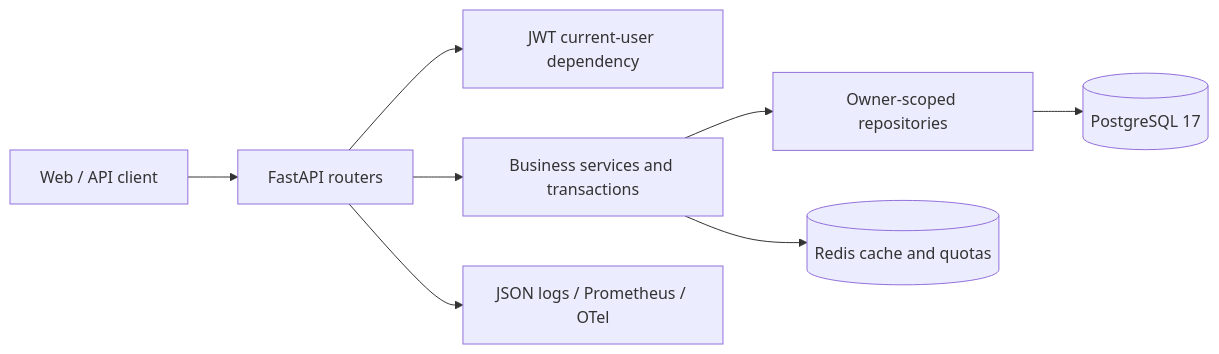
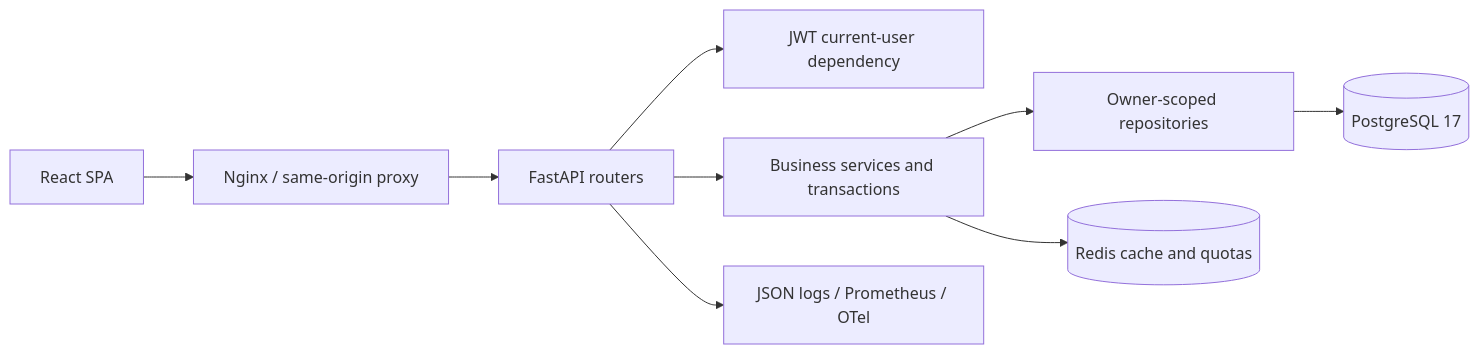
The diagram in README.md (nkuers/jobtrack-api), drawn with Mermaid before and after one commit. The commit also changed other lines of this file and 95 other files, not shown here.

````diff
--- a/README.md
+++ b/README.md
@@ -54,10 +54,11 @@
 ```mermaid
 flowchart LR
-    Client["Web / API client"] --> API["FastAPI routers"]
+    Browser["React SPA"] --> Nginx["Nginx / same-origin proxy"]
+    Nginx --> API["FastAPI routers"]
     API --> Auth["JWT current-user dependency"]
     API --> Service["Business services and transactions"]
     Service --> Repository["Owner-scoped repositories"]
     Repository --> PostgreSQL[("PostgreSQL 17")]
     Service --> Redis[("Redis cache and quotas")]
     API --> Telemetry["JSON logs / Prometheus / OTel"]
 ```
````
